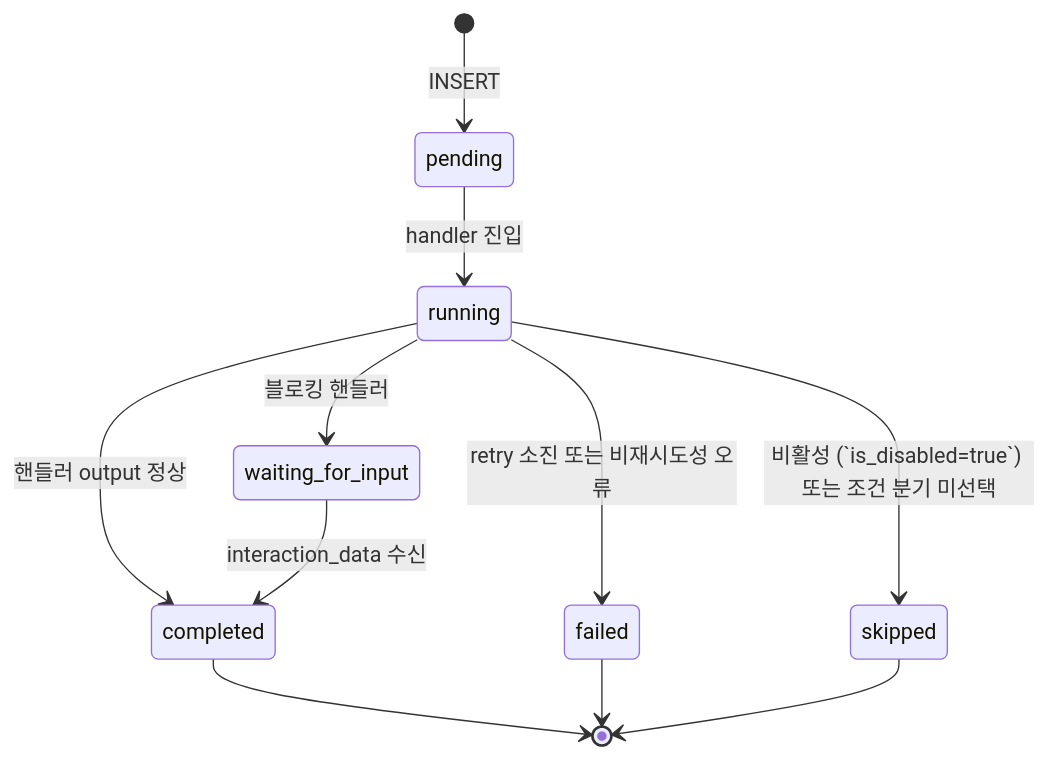
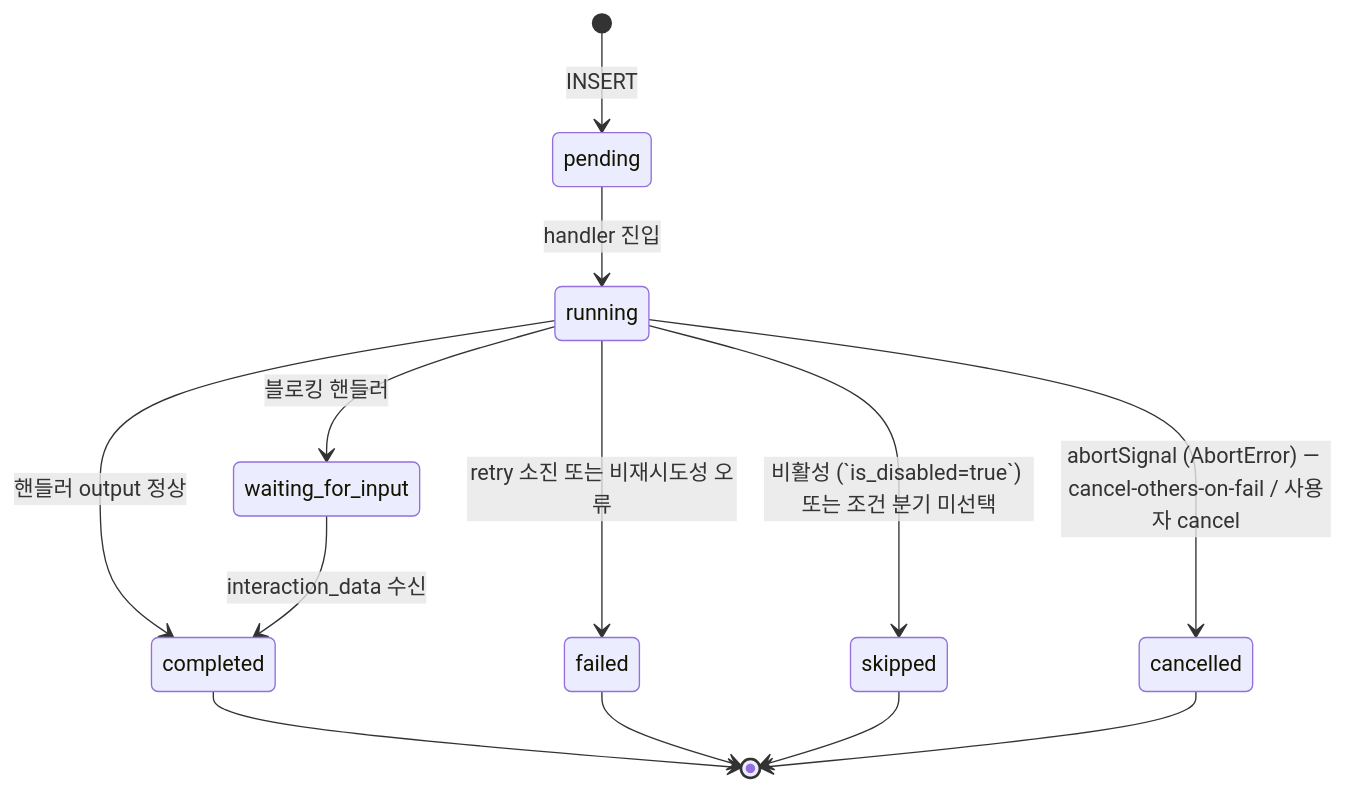
The fifth of 5 diagrams in spec/data-flow/3-execution.md (worker-ants/clemvion), drawn with Mermaid before and after one commit. The commit also changed other lines of this file and 33 other files, not shown here.

First line of the commit message:
feat(execution-engine): NodeExecution cancelled status — AbortError 분류 + WS 이벤트 (#442)

````diff
--- a/spec/data-flow/3-execution.md
+++ b/spec/data-flow/3-execution.md
@@ -201,13 +201,15 @@
 ```mermaid
 stateDiagram-v2
   [*] --> pending: INSERT
   pending --> running: handler 진입
   running --> completed: 핸들러 output 정상
   running --> failed: retry 소진 또는 비재시도성 오류
   running --> waiting_for_input: 블로킹 핸들러
   waiting_for_input --> completed: interaction_data 수신
   running --> skipped: 비활성 (`is_disabled=true`) 또는 조건 분기 미선택
+  running --> cancelled: abortSignal (AbortError) — cancel-others-on-fail / 사용자 cancel
   completed --> [*]
   failed --> [*]
   skipped --> [*]
+  cancelled --> [*]
 ```
````
